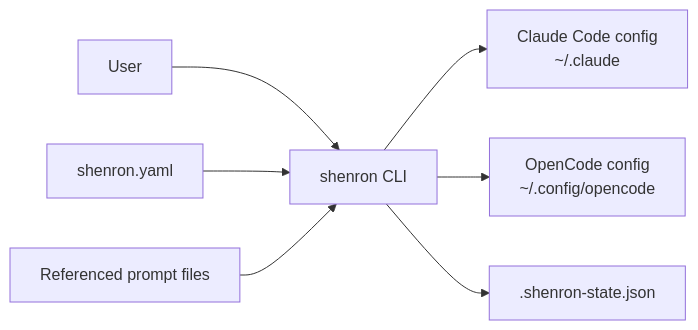
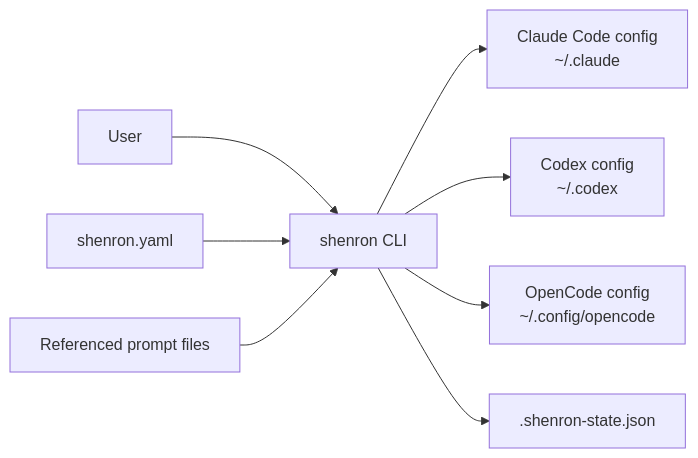
One commit to S1933/AgentSync changed the first of 3 diagrams in docs/ARCHITECTURE.md. Above: the diagram before and after it, drawn with Mermaid. The commit also changed other lines of this file and 16 other files, not shown here.

````diff
--- a/docs/ARCHITECTURE.md
+++ b/docs/ARCHITECTURE.md
@@ -35,9 +35,10 @@
 ```mermaid
 flowchart LR
     User[User] --> CLI[shenron CLI]
     Pivot[shenron.yaml] --> CLI
     Prompt[Referenced prompt files] --> CLI
     CLI --> Claude[Claude Code config\n~/.claude]
+    CLI --> Codex[Codex config\n~/.codex]
     CLI --> OpenCode[OpenCode config\n~/.config/opencode]
     CLI --> State[.shenron-state.json]
 ```
````
